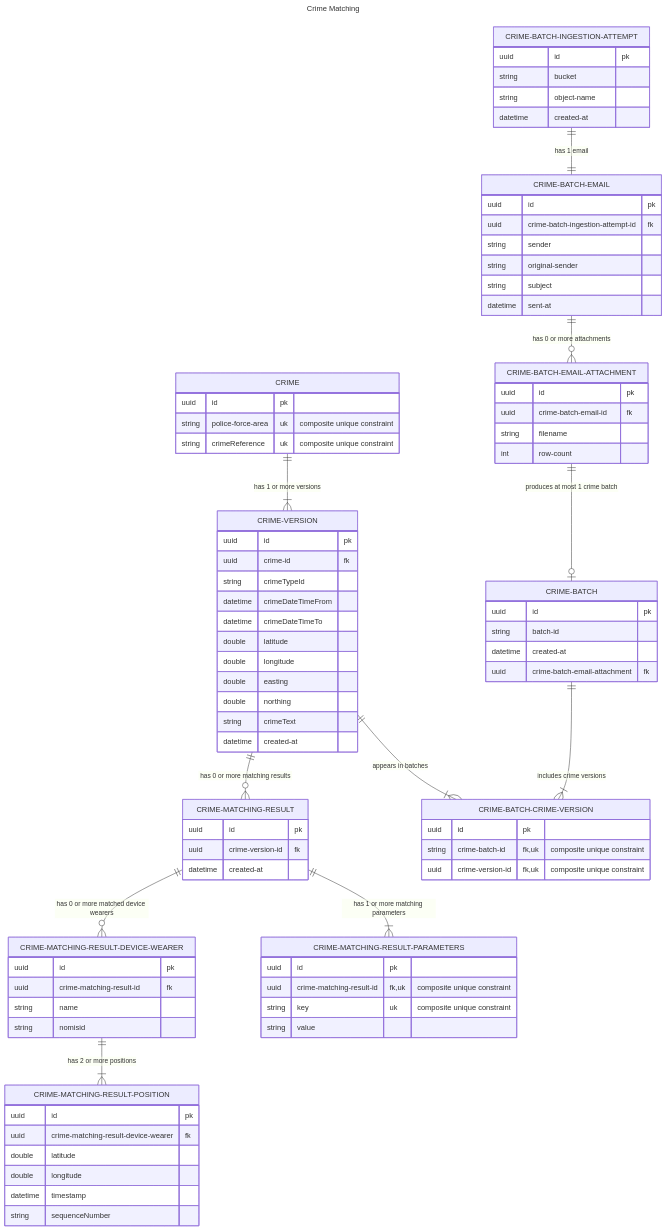
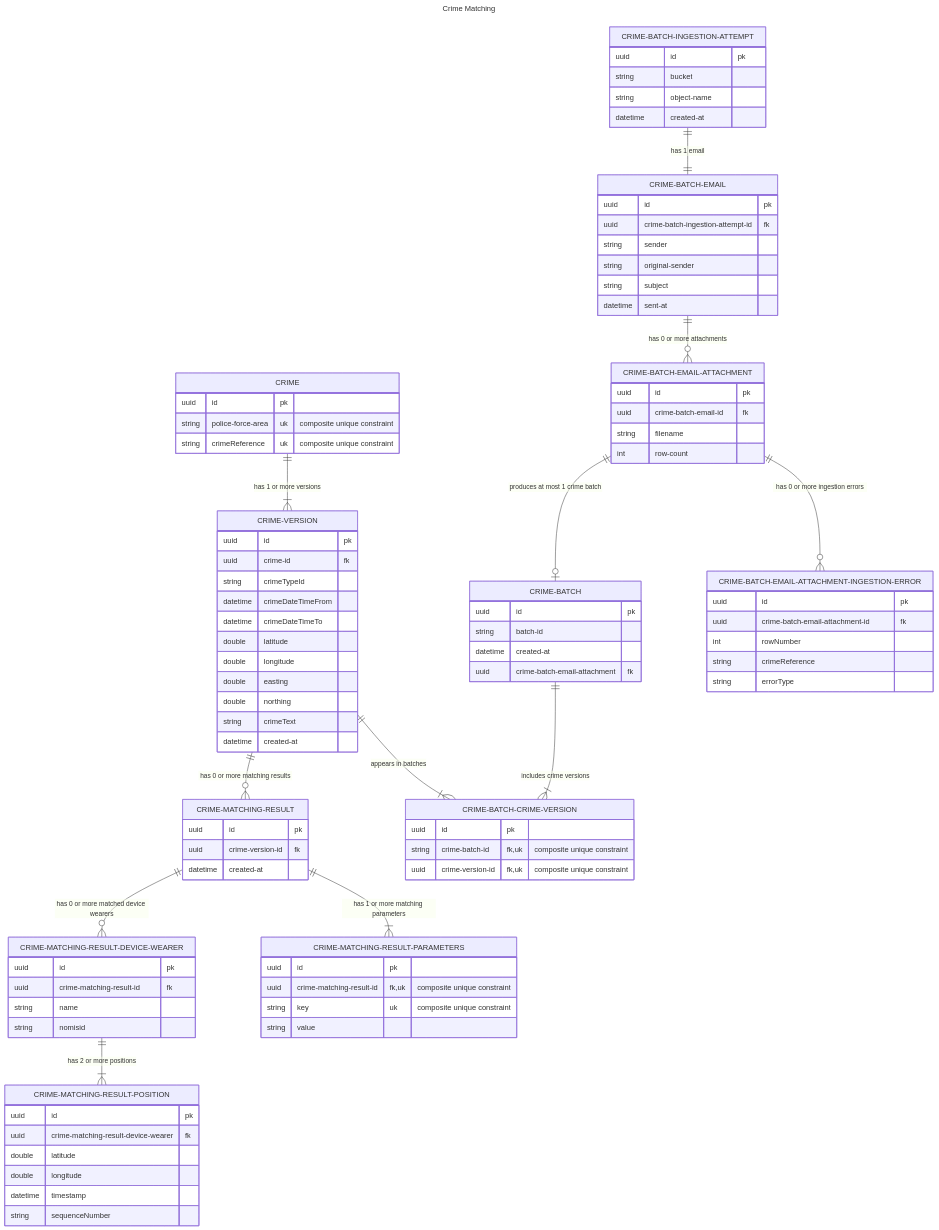
Before and after one commit to ministryofjustice/hmpps-electronic-monitoring-crime-matching-api: the diagram in docs/model.mmd, drawn with Mermaid.

Commit message:
Add entity to persist row level ingestion errors

```diff
--- a/docs/model.mmd
+++ b/docs/model.mmd
@@ -1,104 +1,113 @@
 ---
 title: Crime Matching
 ---
 erDiagram 
     %% Domain
     CRIME 1 to 1+ CRIME-VERSION : "has 1 or more versions"
     CRIME-VERSION 1 to 0+ CRIME-MATCHING-RESULT : "has 0 or more matching results"
     CRIME-BATCH 1 to 1+ CRIME-BATCH-CRIME-VERSION : "includes crime versions"
     CRIME-VERSION 1 to 1+ CRIME-BATCH-CRIME-VERSION : "appears in batches"
 
     %% Ingestion
     CRIME-BATCH-EMAIL-ATTACHMENT 1 to zero or one CRIME-BATCH : "produces at most 1 crime batch"
     CRIME-BATCH-INGESTION-ATTEMPT 1 to 1 CRIME-BATCH-EMAIL : "has 1 email"
     CRIME-BATCH-EMAIL 1 to 0+ CRIME-BATCH-EMAIL-ATTACHMENT : "has 0 or more attachments"
+    CRIME-BATCH-EMAIL-ATTACHMENT 1 to zero or more CRIME-BATCH-EMAIL-ATTACHMENT-INGESTION-ERROR : "has 0 or more ingestion errors"
 
     %% Matching
     CRIME-MATCHING-RESULT 1 to 0+ CRIME-MATCHING-RESULT-DEVICE-WEARER : "has 0 or more matched device wearers"
     CRIME-MATCHING-RESULT 1 to 1+ CRIME-MATCHING-RESULT-PARAMETERS : "has 1 or more matching parameters"
     CRIME-MATCHING-RESULT-DEVICE-WEARER 1 to 1+ CRIME-MATCHING-RESULT-POSITION : "has 2 or more positions"
 
     CRIME-BATCH {
         uuid id pk
         string batch-id
         datetime created-at
         uuid crime-batch-email-attachment fk
     }
 
     CRIME-BATCH-CRIME-VERSION {
         uuid id pk
         string crime-batch-id fk, uk "composite unique constraint"
         uuid crime-version-id fk, uk "composite unique constraint"
     }
 
     CRIME-BATCH-INGESTION-ATTEMPT {
         uuid id pk
         string bucket
         string object-name
         datetime created-at
     }
 
     CRIME-BATCH-EMAIL {
         uuid id pk
         uuid crime-batch-ingestion-attempt-id fk
         string sender
         string original-sender
         string subject
         datetime sent-at
     }
 
     CRIME-BATCH-EMAIL-ATTACHMENT {
         uuid id pk
         uuid crime-batch-email-id fk
         string filename
         int row-count
+    }
+
+    CRIME-BATCH-EMAIL-ATTACHMENT-INGESTION-ERROR {
+        uuid id pk
+        uuid crime-batch-email-attachment-id fk
+        int rowNumber
+        string crimeReference
+        string errorType
     }
 
     CRIME {
         uuid id pk
         string police-force-area uk "composite unique constraint"
         string crimeReference uk "composite unique constraint"
     }
 
     CRIME-VERSION {
         uuid id pk
         uuid crime-id fk
         string crimeTypeId
         datetime crimeDateTimeFrom
         datetime crimeDateTimeTo
         double latitude
         double longitude
         double easting
         double northing
         string crimeText
         datetime created-at
     }
 
     CRIME-MATCHING-RESULT {
         uuid id pk
         uuid crime-version-id fk
         datetime created-at
     }
 
     CRIME-MATCHING-RESULT-PARAMETERS {
         uuid id pk
         uuid crime-matching-result-id fk, uk "composite unique constraint"
         string key uk "composite unique constraint"
         string value
     }
 
     CRIME-MATCHING-RESULT-DEVICE-WEARER {
         uuid id pk
         uuid crime-matching-result-id fk
         string name
         string nomisid
     }
 
     CRIME-MATCHING-RESULT-POSITION {
         uuid id pk
         uuid crime-matching-result-device-wearer fk
         double latitude
         double longitude
         datetime timestamp
         string sequenceNumber
     }
```
